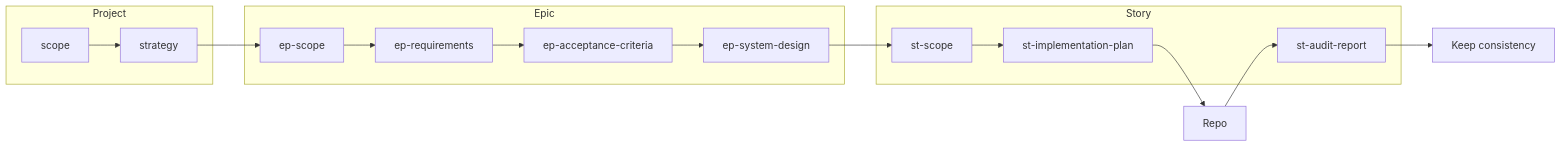
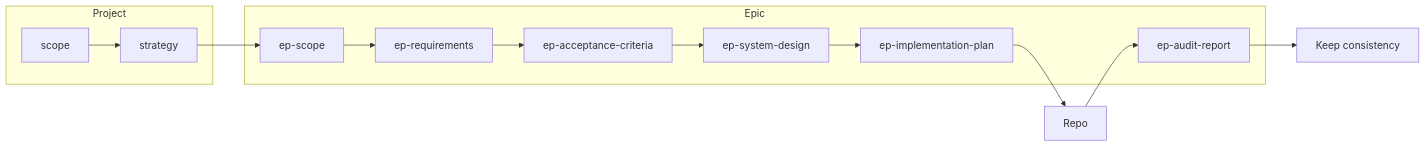
One commit to asubbot/personal-assistant changed the second of 2 diagrams in ai-sdlc/specification/pipeline.spec.md. Above: the diagram before and after it, drawn with Mermaid. The commit also changed other lines of this file and 27 other files, not shown here.

First line of the commit message:
ep-implementation-plan: make REQ and AC identifiers links to epic artefacts

````diff
--- a/ai-sdlc/specification/pipeline.spec.md
+++ b/ai-sdlc/specification/pipeline.spec.md
@@ -99,20 +88,17 @@
 ```mermaid
 flowchart LR
   subgraph project [Project]
     scope[scope]
     strategy[strategy]
   end
   subgraph epic [Epic]
     ep_scope[ep-scope]
     ep_req[ep-requirements]
     ep_ac[ep-acceptance-criteria]
     ep_design[ep-system-design]
+    ep_impl[ep-implementation-plan]
+    ep_audit[ep-audit-report]
   end
-  subgraph story [Story]
-    st_scope[st-scope]
-    st_impl[st-implementation-plan]
-    st_audit[st-audit-report]
-  end
-  scope --> strategy --> ep_scope --> ep_req --> ep_ac --> ep_design --> st_scope --> st_impl --> repo[Repo]
-  repo --> st_audit --> consistency[Keep consistency]
+  scope --> strategy --> ep_scope --> ep_req --> ep_ac --> ep_design --> ep_impl --> repo[Repo]
+  repo --> ep_audit --> consistency[Keep consistency]
 ```
````
